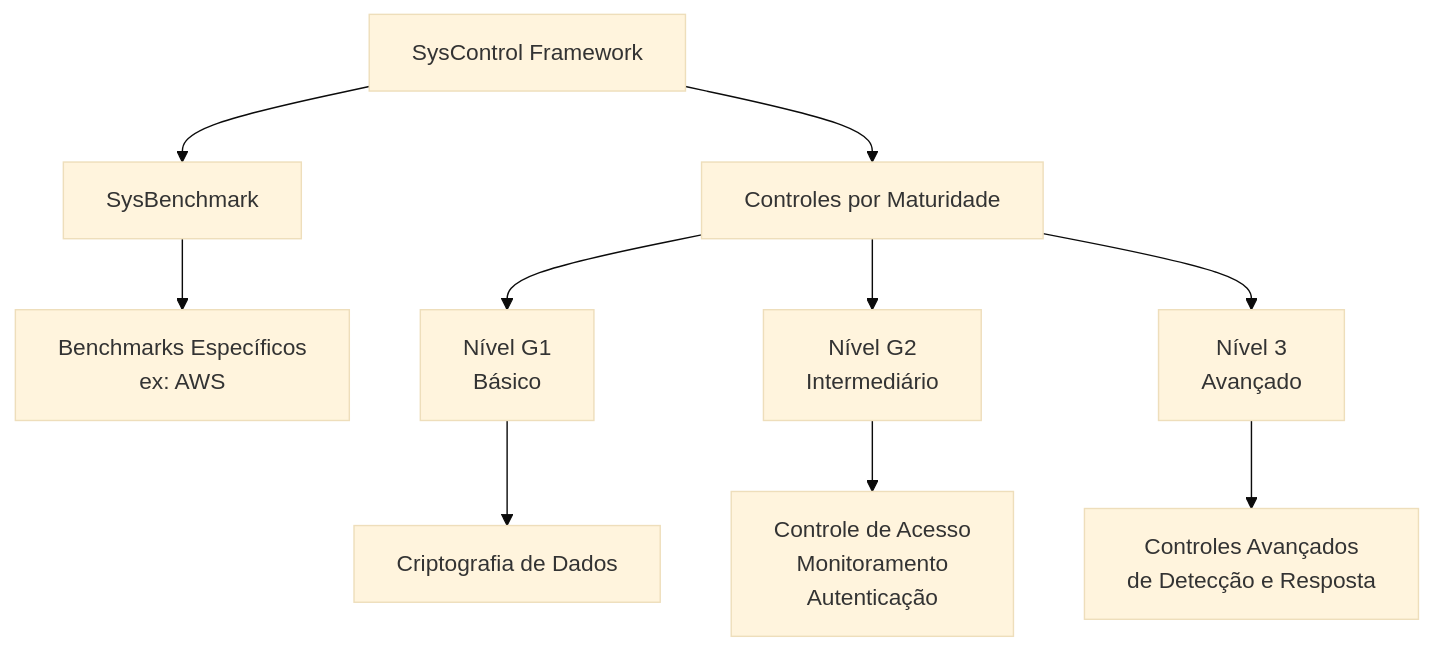
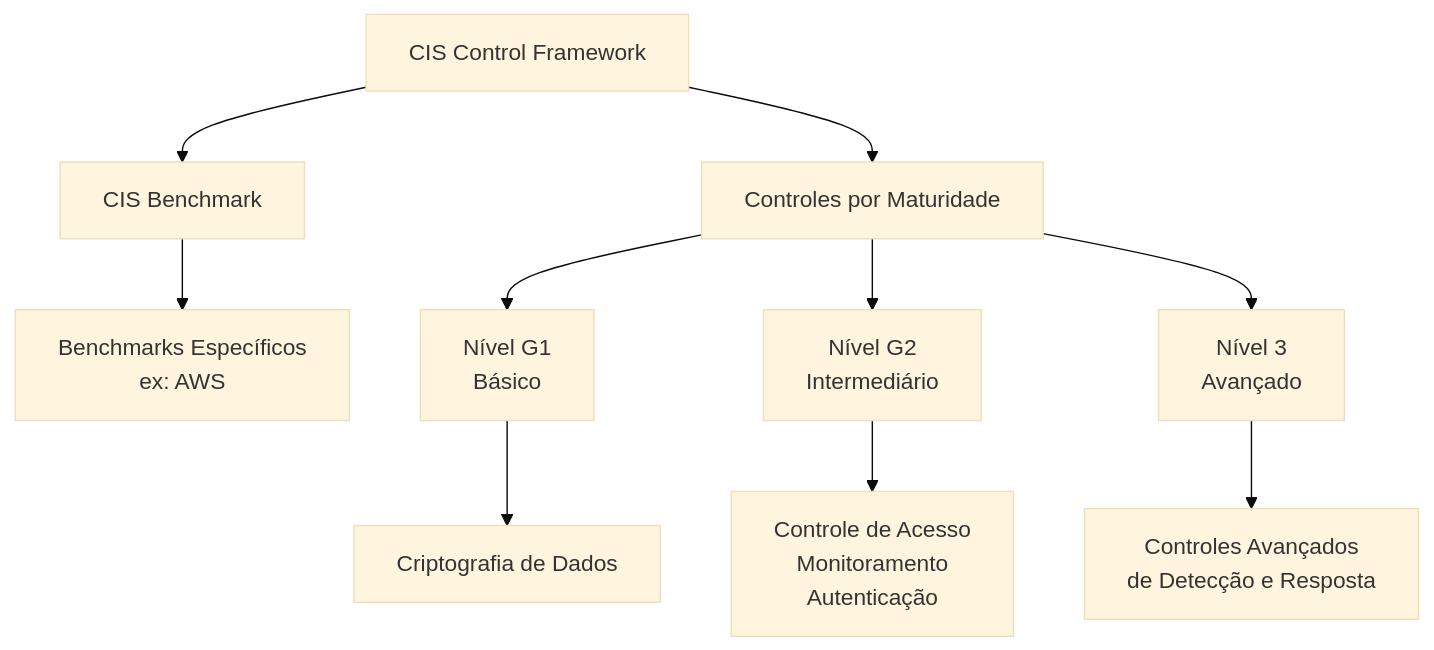
The second of 3 diagrams in README.md (claraneves23/seguranca_da_informacao), drawn with Mermaid (base theme) before and after one commit. The commit also changed other lines of this file, not shown here.

````diff
--- a/README.md
+++ b/README.md
@@ -750,15 +750,15 @@
 ```mermaid
 graph TD
-    A[SysControl Framework] --> B[SysBenchmark]
+    A[CIS Control Framework] --> B[CIS Benchmark]
     A --> C[Controles por Maturidade]
     
     B --> D[Benchmarks Específicos<br>ex: AWS]
     
     C --> E[Nível G1<br>Básico]
     C --> F[Nível G2<br>Intermediário]
     C --> G[Nível 3<br>Avançado]
     
     E --> H[Criptografia de Dados]
     F --> I[Controle de Acesso<br>Monitoramento<br>Autenticação]
     G --> J[Controles Avançados<br>de Detecção e Resposta]
 ```
````
